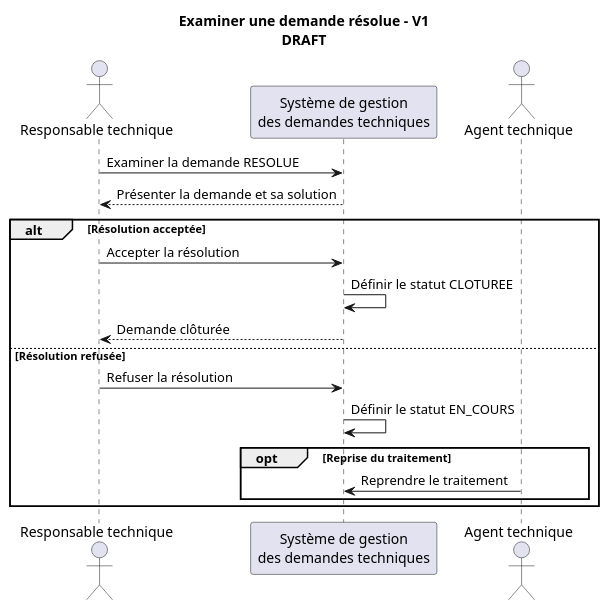
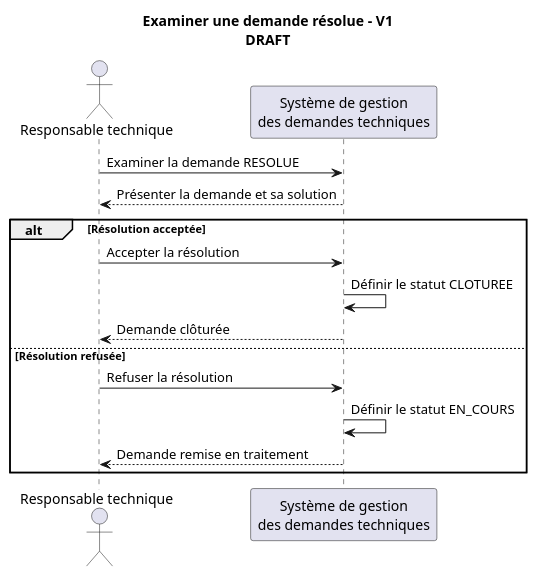
Before and after one commit to akrouty/gestion-demandes-techniques: the diagram in docs/uml/sequence/review-resolution-v1.puml, drawn with PlantUML. The commit also changed 5 other files, not shown here.

Commit message:
uml condition + etat draf diagramme

```diff
--- a/docs/uml/sequence/review-resolution-v1.puml
+++ b/docs/uml/sequence/review-resolution-v1.puml
@@ -1,25 +1,22 @@
 @startuml
 
 ' Statut : DRAFT
 title Examiner une demande résolue - V1\nDRAFT
 
 actor "Responsable technique" as RT
 participant "Système de gestion\ndes demandes techniques" as SYSTEM
-actor "Agent technique" as AGENT
 
 RT -> SYSTEM : Examiner la demande RESOLUE
 SYSTEM --> RT : Présenter la demande et sa solution
 
 alt Résolution acceptée
   RT -> SYSTEM : Accepter la résolution
   SYSTEM -> SYSTEM : Définir le statut CLOTUREE
   SYSTEM --> RT : Demande clôturée
 else Résolution refusée
   RT -> SYSTEM : Refuser la résolution
   SYSTEM -> SYSTEM : Définir le statut EN_COURS
-  opt Reprise du traitement
-    AGENT -> SYSTEM : Reprendre le traitement
-  end
+  SYSTEM --> RT : Demande remise en traitement
 end
 
 @enduml
```
